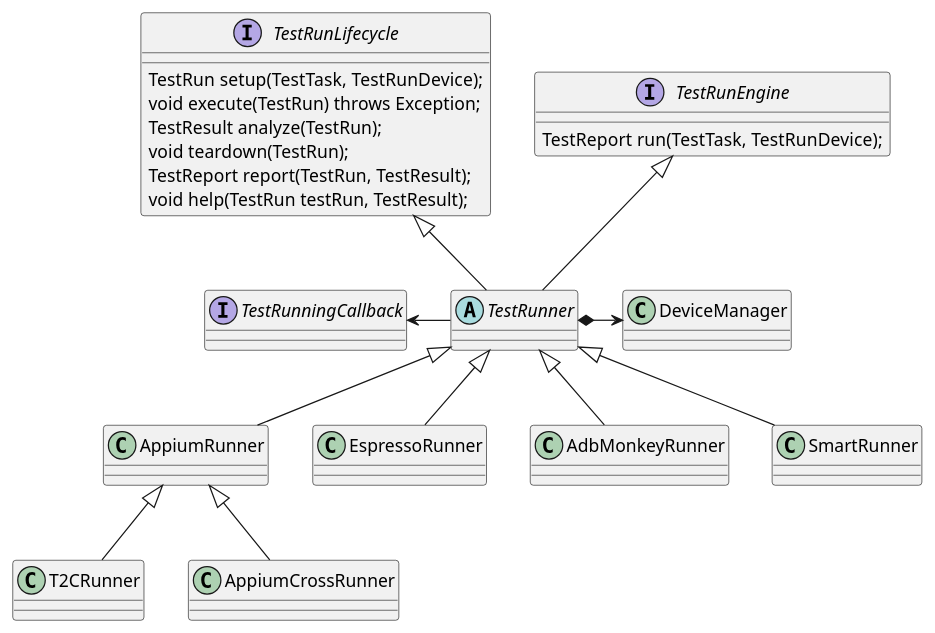
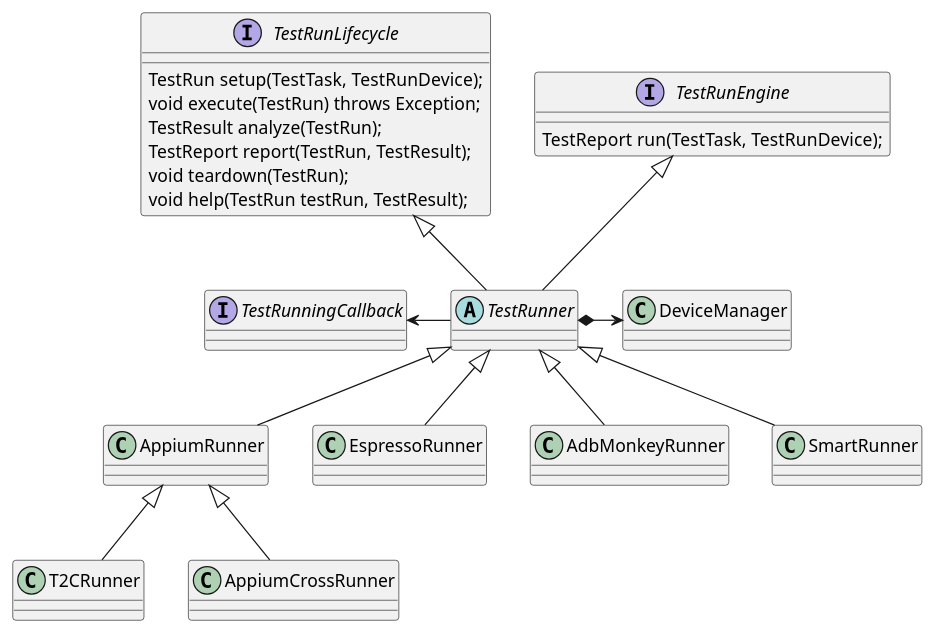
The first of 7 diagrams in agent/doc/UML/test_runner_design.puml (microsoft/HydraLab), drawn with PlantUML before and after one commit. The commit also changed 1 other file, not shown here.

```diff
--- a/agent/doc/UML/test_runner_design.puml
+++ b/agent/doc/UML/test_runner_design.puml
@@ -1,35 +1,34 @@
 @startuml test_runner_class_relation
-abstract class TestRunner {
-}
+abstract class TestRunner
 
 interface TestRunEngine {
     TestReport run(TestTask, TestRunDevice);
 }
 interface TestRunLifecycle {
     TestRun setup(TestTask, TestRunDevice);
     void execute(TestRun) throws Exception;
     TestResult analyze(TestRun);
+    TestReport report(TestRun, TestResult);
     void teardown(TestRun);
-    TestReport report(TestRun, TestResult);
     void help(TestRun testRun, TestResult);
 }
 
 TestRunner -u-|> TestRunEngine
 TestRunner -u-|> TestRunLifecycle
 
 AppiumRunner -u-|> TestRunner
 EspressoRunner -u-|> TestRunner
 AdbMonkeyRunner -u-|> TestRunner
 T2CRunner -u-|> AppiumRunner
 SmartRunner -u-|> TestRunner
 
 
 interface TestRunningCallback
 TestRunner -l-> TestRunningCallback
 
 TestRunner *-r-> DeviceManager
 
 AppiumCrossRunner -u-|> AppiumRunner
 
 
 @enduml
```
